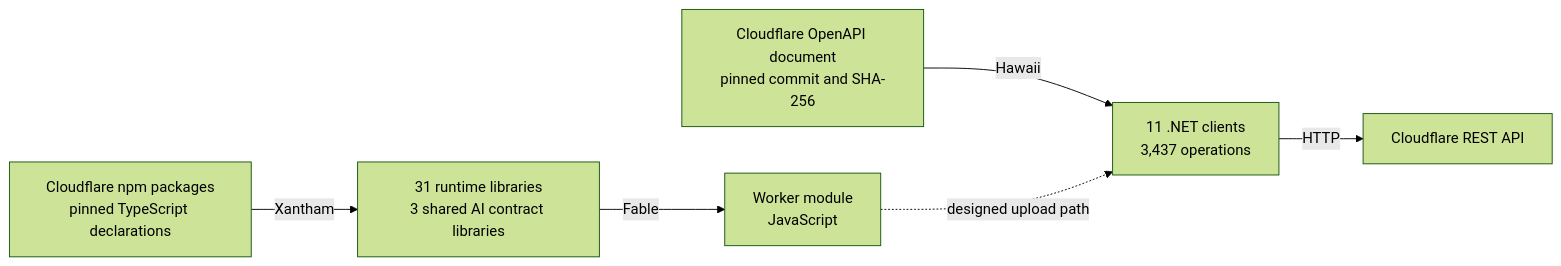
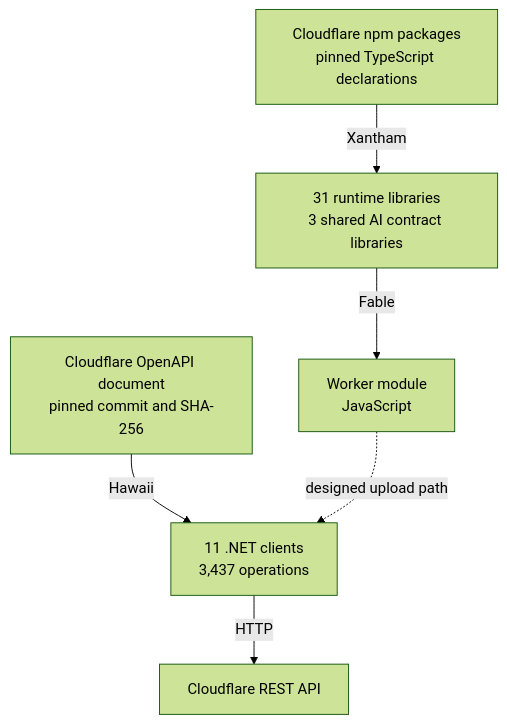
One commit to fsprojects/FSharp.CloudEdge changed the diagram in README.md. Above: the diagram before and after it, drawn with Mermaid (forest theme).

Commit message:
update README Mermaid diagram

````diff
--- a/README.md
+++ b/README.md
@@ -29,8 +29,8 @@
 ```mermaid
-flowchart LR
+flowchart TD
     npm["Cloudflare npm packages<br/>pinned TypeScript declarations"] -->|Xantham| runtime["31 runtime libraries<br/>3 shared AI contract libraries"]
     runtime -->|Fable| worker["Worker module<br/>JavaScript"]
     openapi["Cloudflare OpenAPI document<br/>pinned commit and SHA-256"] -->|Hawaii| clients["11 .NET clients<br/>3,437 operations"]
     clients -->|HTTP| api["Cloudflare REST API"]
     worker -.->|designed upload path| clients
 ```
````
